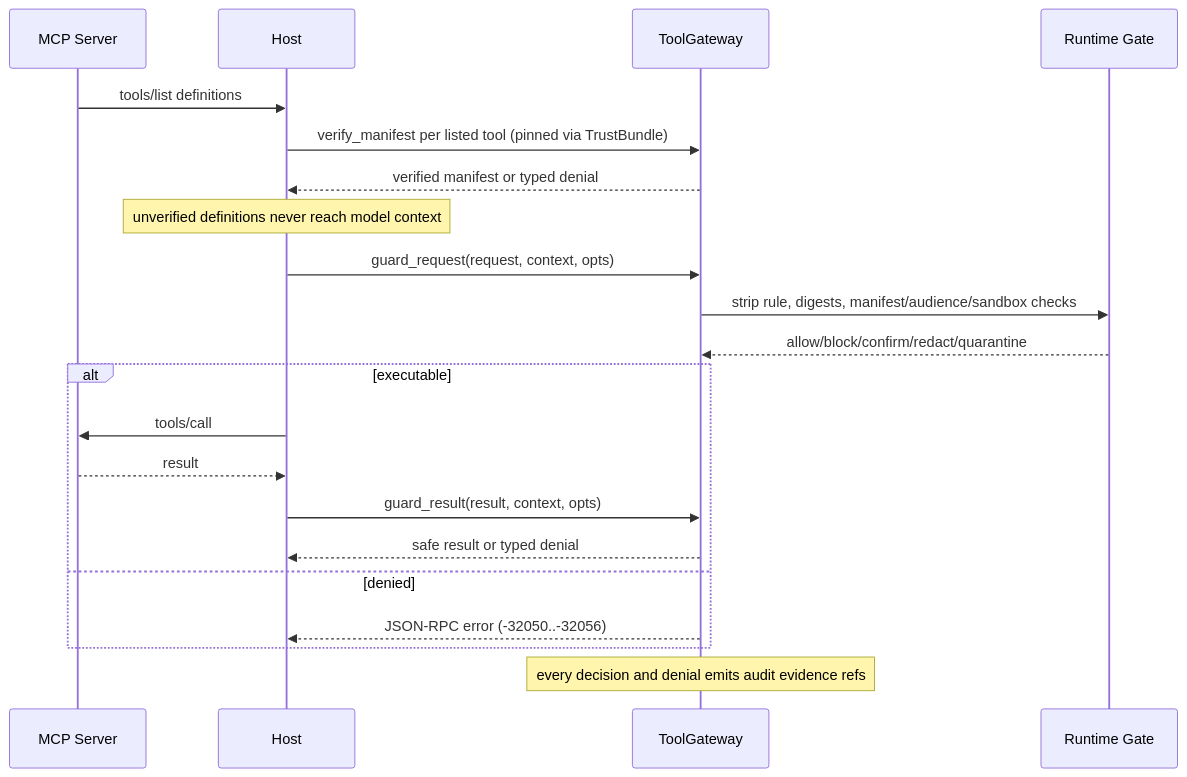
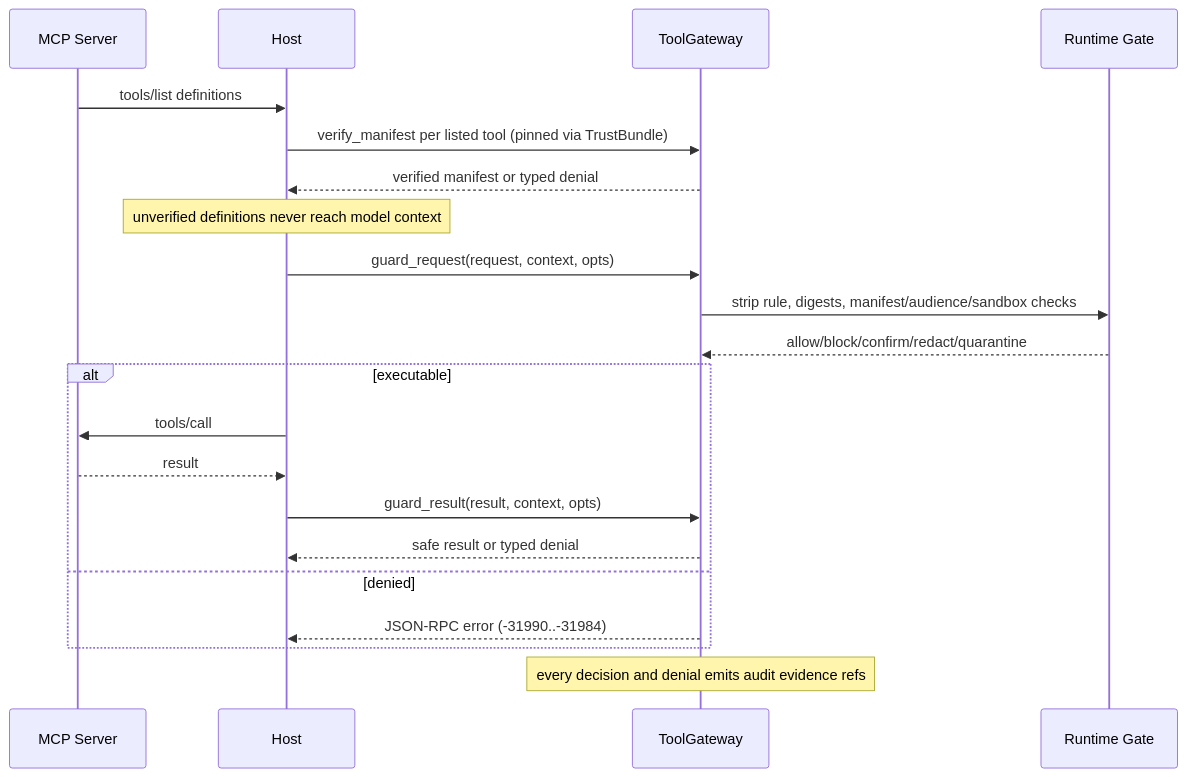
One commit to futhr/sigil_guard changed the diagram in docs/specs/SP.03-mcp-attestation-gateway.md. Above: the diagram before and after it, drawn with Mermaid. The commit also changed other lines of this file and 8 other files, not shown here.

````diff
--- a/docs/specs/SP.03-mcp-attestation-gateway.md
+++ b/docs/specs/SP.03-mcp-attestation-gateway.md
@@ -57,24 +57,24 @@
 ```mermaid
 sequenceDiagram
     participant Server as MCP Server
     participant Host
     participant TG as ToolGateway
     participant Gate as Runtime Gate
 
     Server->>Host: tools/list definitions
     Host->>TG: verify_manifest per listed tool (pinned via TrustBundle)
     TG-->>Host: verified manifest or typed denial
     Note over Host: unverified definitions never reach model context
     Host->>TG: guard_request(request, context, opts)
     TG->>Gate: strip rule, digests, manifest/audience/sandbox checks
     Gate-->>TG: allow/block/confirm/redact/quarantine
     alt executable
         Host->>Server: tools/call
         Server-->>Host: result
         Host->>TG: guard_result(result, context, opts)
         TG-->>Host: safe result or typed denial
     else denied
-        TG-->>Host: JSON-RPC error (-32050..-32056)
+        TG-->>Host: JSON-RPC error (-31990..-31984)
     end
     Note over TG: every decision and denial emits audit evidence refs
 ```
````
